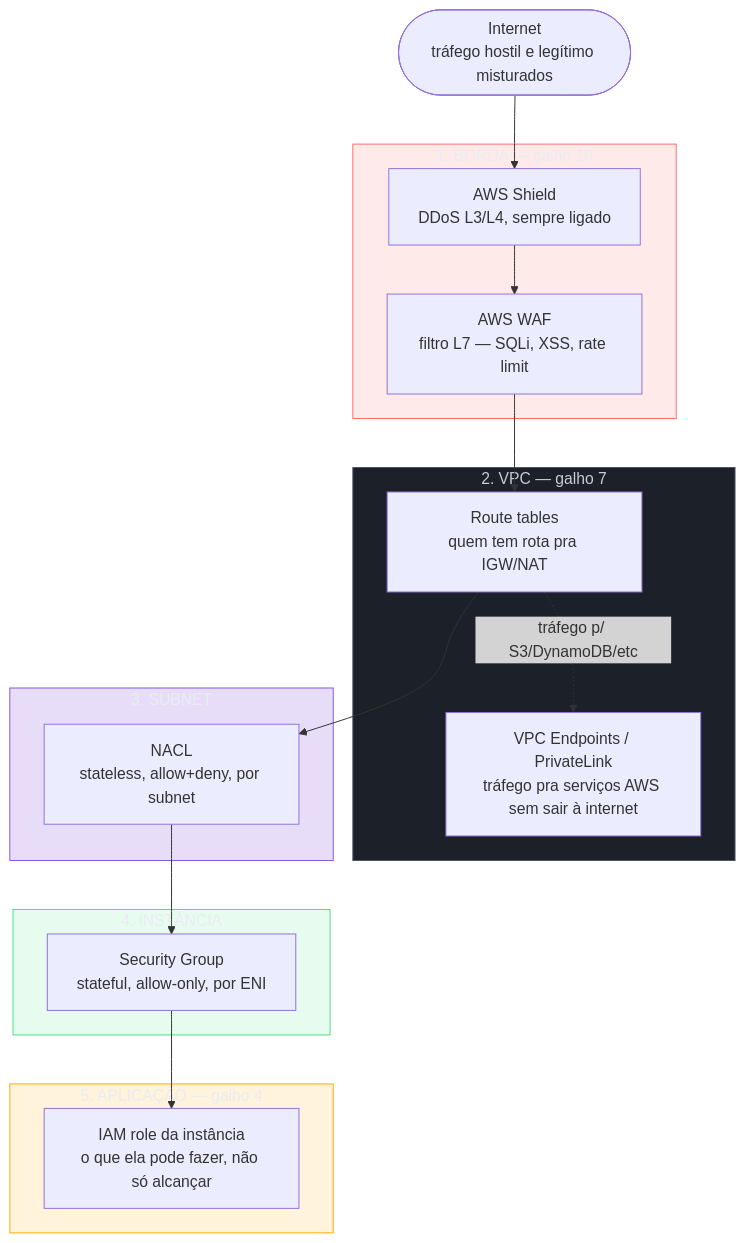
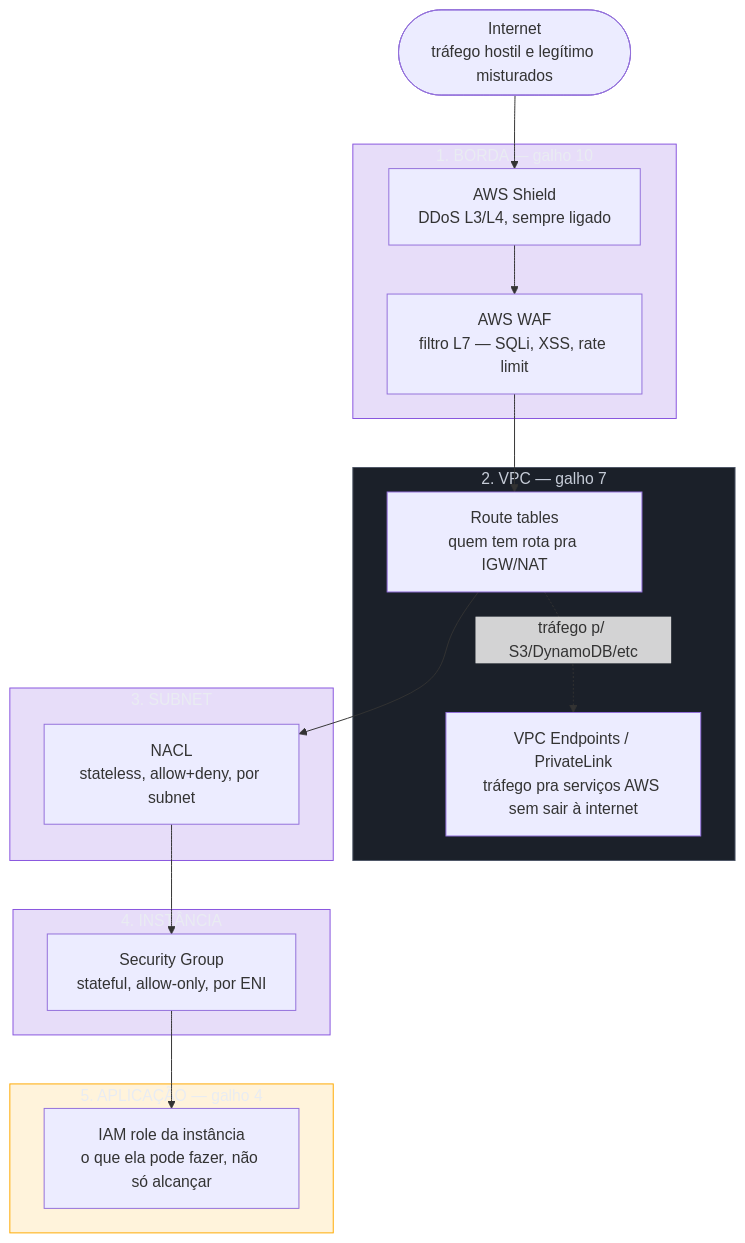
Before and after one commit to josenaldo/codex-technomanticus: the first of 3 diagrams in 03-Dominios/Tecnologia/Cloud/18 - Segurança na cloud a fundo/04 - Segurança de rede e perímetro.md, drawn with Mermaid. The commit also changed other lines of this file and 601 other files, not shown here.

````diff
--- a/03-Dominios/Tecnologia/Cloud/18 - Segurança na cloud a fundo/04 - Segurança de rede e perímetro.md
+++ b/03-Dominios/Tecnologia/Cloud/18 - Segurança na cloud a fundo/04 - Segurança de rede e perímetro.md
@@ -28,41 +28,39 @@
 ```mermaid
 flowchart TB
-    classDef falha fill:#FF6B6B24,stroke:#FF6B6B,color:#E9ECF2
     classDef neutro fill:#1B2029,stroke:#4E5666,color:#C6CCD8
     classDef marca fill:#8855DF33,stroke:#8855DF,color:#E9ECF2
-    classDef ok fill:#4ADE8021,stroke:#4ADE80,color:#E9ECF2
     classDef destaque fill:#FFAA0024,stroke:#FFAA00,color:#E9ECF2
     Internet(["Internet<br/>tráfego hostil e legítimo misturados"])
 
     subgraph Borda["1. BORDA — galho 10"]
         Shield["AWS Shield<br/>DDoS L3/L4, sempre ligado"]
         WAF["AWS WAF<br/>filtro L7 — SQLi, XSS, rate limit"]
     end
 
     subgraph VPCL["2. VPC — galho 7"]
         RT["Route tables<br/>quem tem rota pra IGW/NAT"]
         EP["VPC Endpoints / PrivateLink<br/>tráfego pra serviços AWS sem sair à internet"]
     end
 
     subgraph SubL["3. SUBNET"]
         NACL["NACL<br/>stateless, allow+deny, por subnet"]
     end
 
     subgraph InstL["4. INSTÂNCIA"]
         SG["Security Group<br/>stateful, allow-only, por ENI"]
     end
 
     subgraph AppL["5. APLICAÇÃO — galho 4"]
         IAM["IAM role da instância<br/>o que ela pode fazer, não só alcançar"]
     end
 
     Internet --> Shield --> WAF --> RT
     RT --> NACL --> SG --> IAM
     RT -.tráfego p/ S3/DynamoDB/etc.-> EP
 
-    class Borda falha
+    class Borda marca
     class VPCL neutro
     class SubL marca
-    class InstL ok
+    class InstL marca
     class AppL destaque
 ```
````
